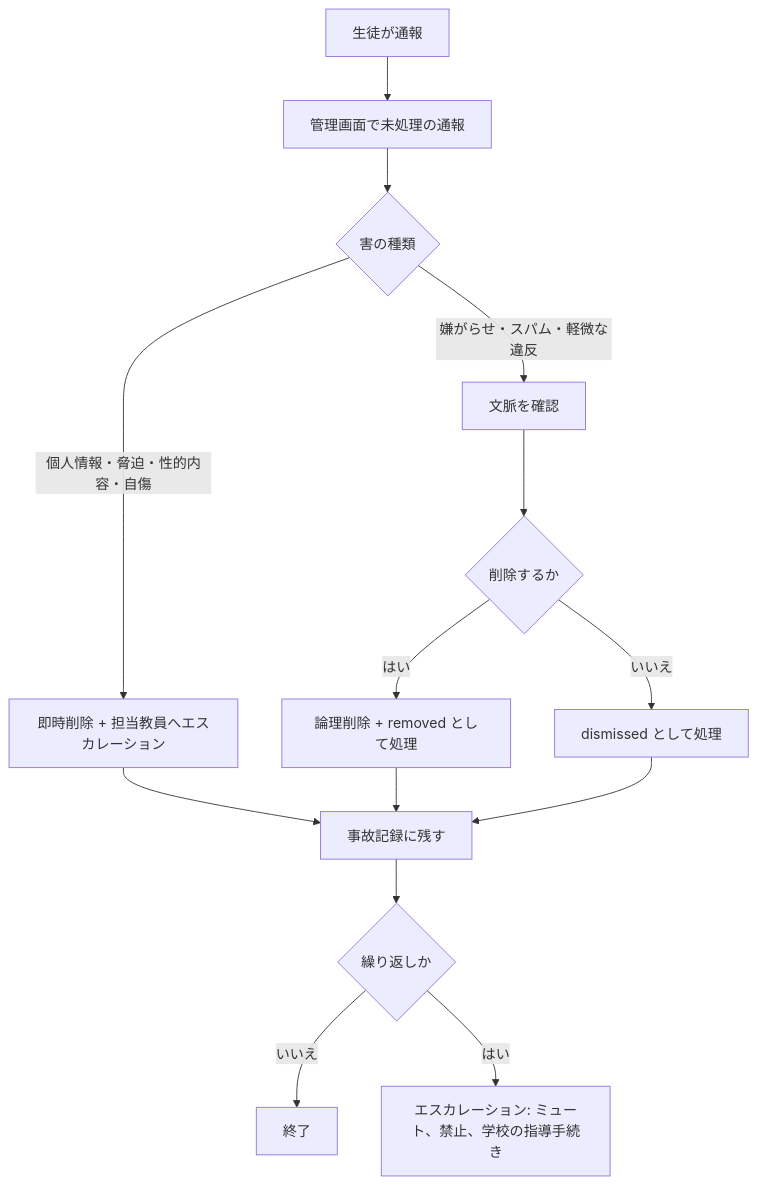
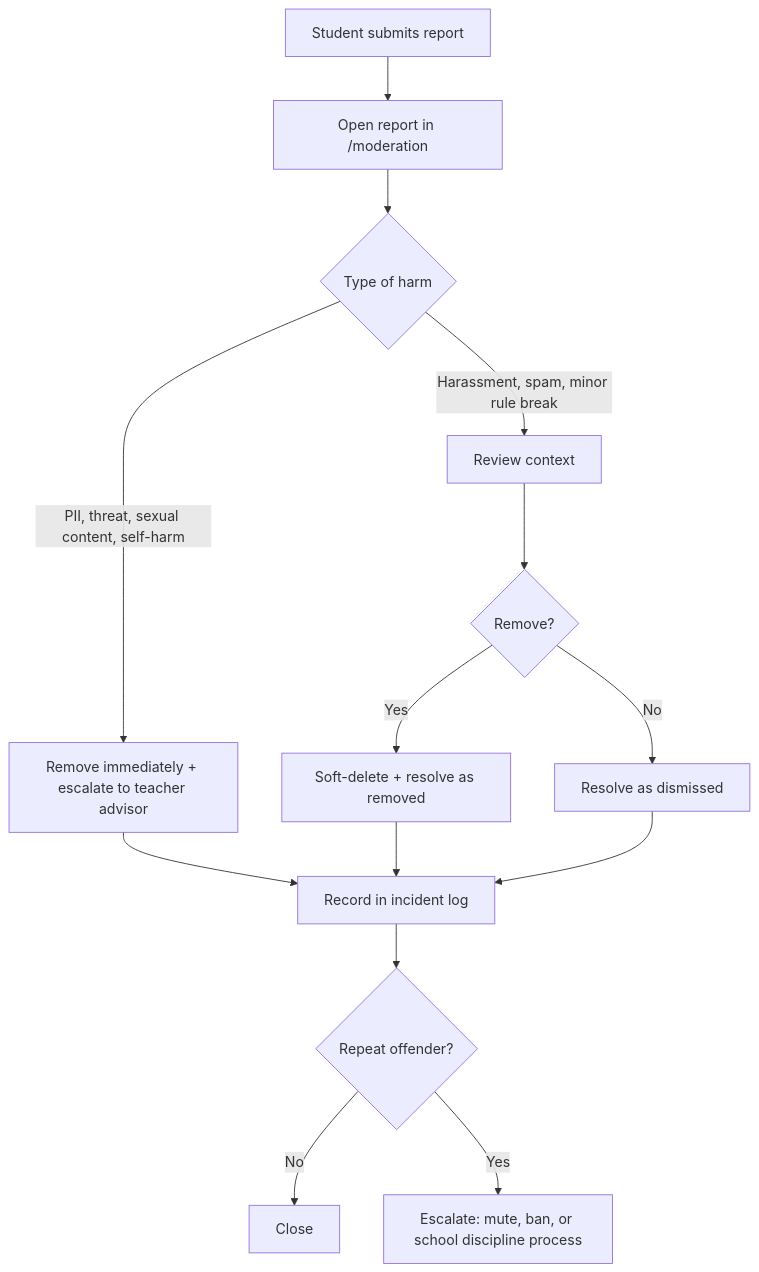
One commit to Galigraver-0722/kindaitoyooka-bbs changed the diagram in docs/ja/06-safety-and-moderation.md. Above: the diagram before and after it, drawn with Mermaid. The commit also changed other lines of this file and 41 other files, not shown here.

````diff
--- a/docs/ja/06-safety-and-moderation.md
+++ b/docs/ja/06-safety-and-moderation.md
@@ -80,16 +80,16 @@
 ```mermaid
 flowchart TD
-    A[生徒が通報] --> B[管理画面で未処理の通報]
-    B --> C{害の種類}
-    C -->|個人情報・脅迫・性的内容・自傷| D[即時削除 + 担当教員へエスカレーション]
-    C -->|嫌がらせ・スパム・軽微な違反| E[文脈を確認]
-    E --> F{削除するか}
-    F -->|はい| G[論理削除 + removed として処理]
-    F -->|いいえ| H[dismissed として処理]
-    D --> I[事故記録に残す]
+    A[Student submits report] --> B[Open report in /moderation]
+    B --> C{Type of harm}
+    C -->|PII, threat, sexual content, self-harm| D[Remove immediately + escalate to teacher advisor]
+    C -->|Harassment, spam, minor rule break| E[Review context]
+    E --> F{Remove?}
+    F -->|Yes| G[Soft-delete + resolve as removed]
+    F -->|No| H[Resolve as dismissed]
+    D --> I[Record in incident log]
     G --> I
     H --> I
-    I --> J{繰り返しか}
-    J -->|いいえ| K[終了]
-    J -->|はい| L[エスカレーション: ミュート、禁止、学校の指導手続き]
+    I --> J{Repeat offender?}
+    J -->|No| K[Close]
+    J -->|Yes| L[Escalate: mute, ban, or school discipline process]
 ```
````
